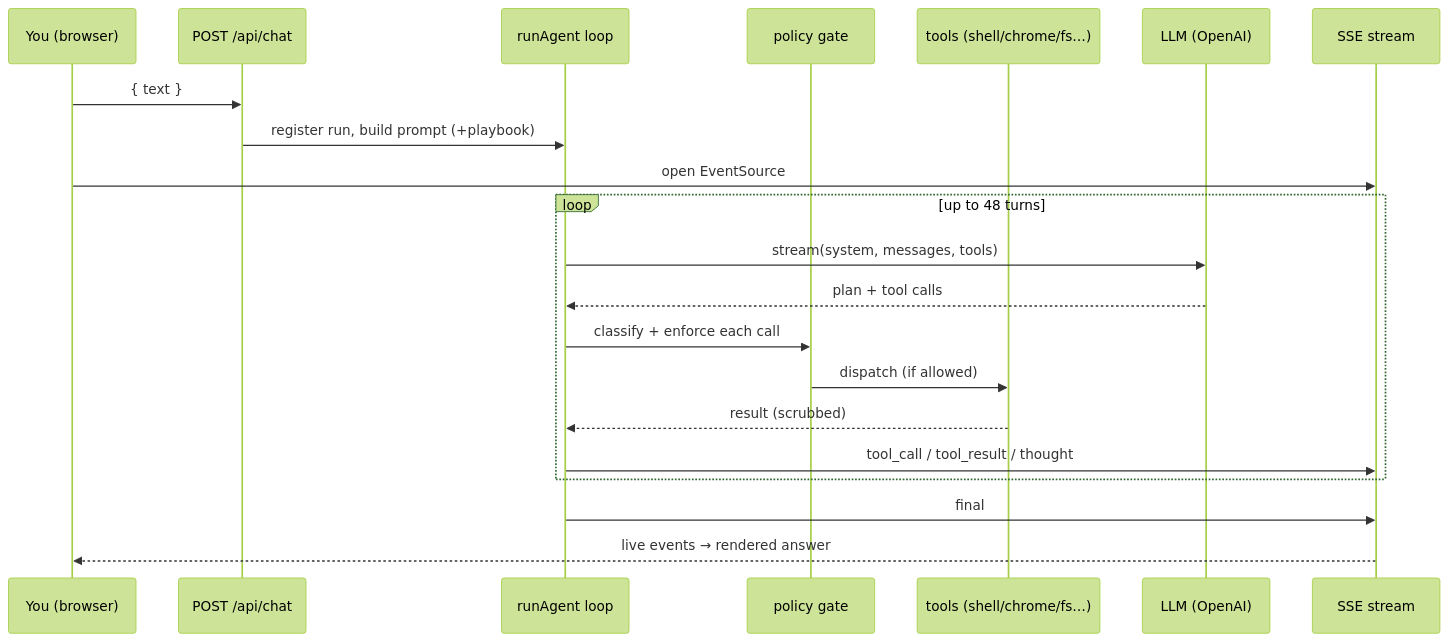
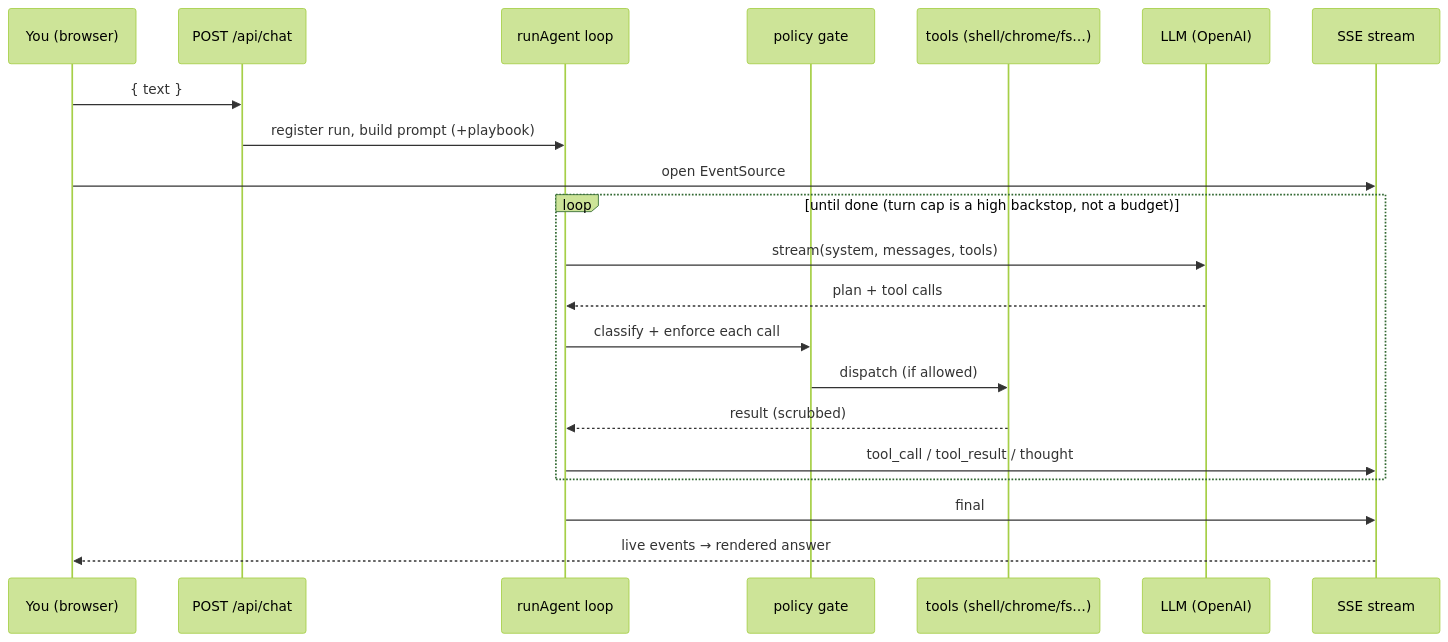
Before and after one commit to NikoloziGagua/AVA: the third of 7 diagrams in docs/ARCHITECTURE.md, drawn with Mermaid (forest theme). The commit also changed other lines of this file and 5 other files, not shown here.

First line of the commit message:
docs: document lifted step cap + Shopify/Places tools; reconcile stale 48-turn refs

````diff
--- a/docs/ARCHITECTURE.md
+++ b/docs/ARCHITECTURE.md
@@ -128,23 +128,23 @@
 ```mermaid
 sequenceDiagram
   participant U as You (browser)
   participant C as POST /api/chat
   participant A as runAgent loop
   participant G as policy gate
   participant T as tools (shell/chrome/fs…)
   participant L as LLM (OpenAI)
   participant S as SSE stream
   U->>C: { text }
   C->>A: register run, build prompt (+playbook)
   U->>S: open EventSource
-  loop up to 48 turns
+  loop until done (turn cap is a high backstop, not a budget)
     A->>L: stream(system, messages, tools)
     L-->>A: plan + tool calls
     A->>G: classify + enforce each call
     G->>T: dispatch (if allowed)
     T-->>A: result (scrubbed)
     A->>S: tool_call / tool_result / thought
   end
   A->>S: final
   S-->>U: live events → rendered answer
 ```
````
